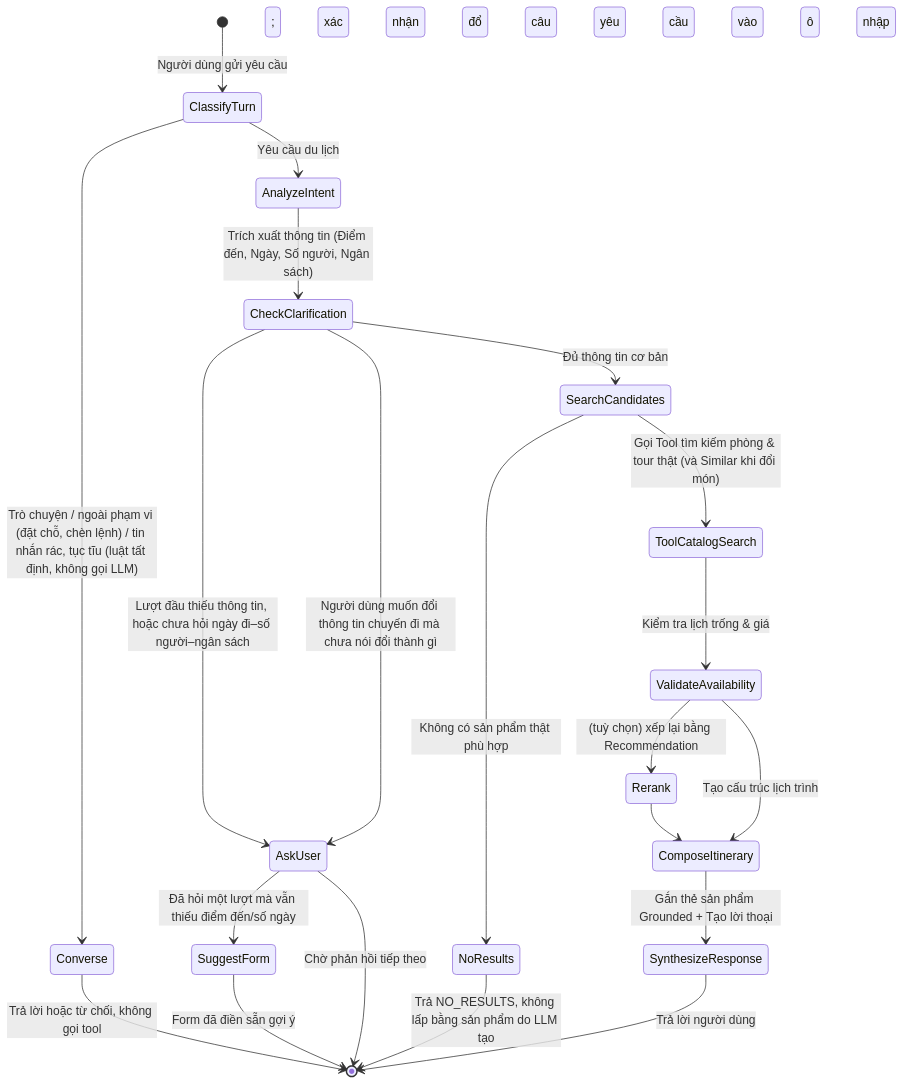
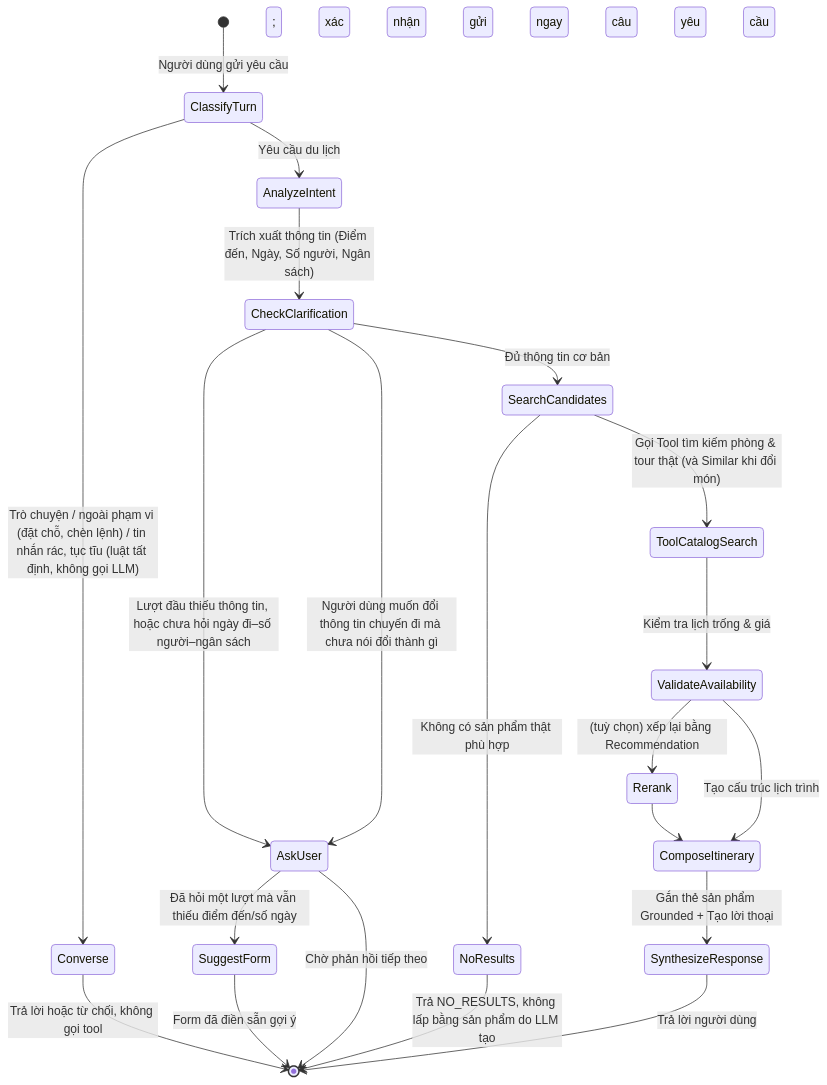
The second of 2 diagrams in docs/prd/architecture.md (NguyenNhat4/Travel-Recommend-System), drawn with Mermaid before and after one commit. The commit also changed 12 other files, not shown here.

````diff
--- a/docs/prd/architecture.md
+++ b/docs/prd/architecture.md
@@ -172,26 +172,26 @@
 ```mermaid
 stateDiagram-v2
     [*] --> ClassifyTurn: Người dùng gửi yêu cầu
     ClassifyTurn --> Converse: Trò chuyện / ngoài phạm vi (đặt chỗ, chèn lệnh) / tin nhắn rác, tục tĩu (luật tất định, không gọi LLM)
     Converse --> [*]: Trả lời hoặc từ chối, không gọi tool
     ClassifyTurn --> AnalyzeIntent: Yêu cầu du lịch
     AnalyzeIntent --> CheckClarification: Trích xuất thông tin (Điểm đến, Ngày, Số người, Ngân sách)
     
     CheckClarification --> AskUser: Lượt đầu thiếu thông tin, hoặc chưa hỏi ngày đi–số người–ngân sách
     CheckClarification --> AskUser: Người dùng muốn đổi thông tin chuyến đi mà chưa nói đổi thành gì
     AskUser --> SuggestForm: Đã hỏi một lượt mà vẫn thiếu điểm đến/số ngày
-    SuggestForm --> [*]: Form đã điền sẵn gợi ý; xác nhận đổ câu yêu cầu vào ô nhập
+    SuggestForm --> [*]: Form đã điền sẵn gợi ý; xác nhận gửi ngay câu yêu cầu
     AskUser --> [*]: Chờ phản hồi tiếp theo
     
     CheckClarification --> SearchCandidates: Đủ thông tin cơ bản
     SearchCandidates --> ToolCatalogSearch: Gọi Tool tìm kiếm phòng & tour thật (và Similar khi đổi món)
     ToolCatalogSearch --> ValidateAvailability: Kiểm tra lịch trống & giá
     
     SearchCandidates --> NoResults: Không có sản phẩm thật phù hợp
     NoResults --> [*]: Trả NO_RESULTS, không lấp bằng sản phẩm do LLM tạo
     ValidateAvailability --> Rerank: (tuỳ chọn) xếp lại bằng Recommendation
     Rerank --> ComposeItinerary
     ValidateAvailability --> ComposeItinerary: Tạo cấu trúc lịch trình
     ComposeItinerary --> SynthesizeResponse: Gắn thẻ sản phẩm Grounded + Tạo lời thoại
     SynthesizeResponse --> [*]: Trả lời người dùng
 ```
````
